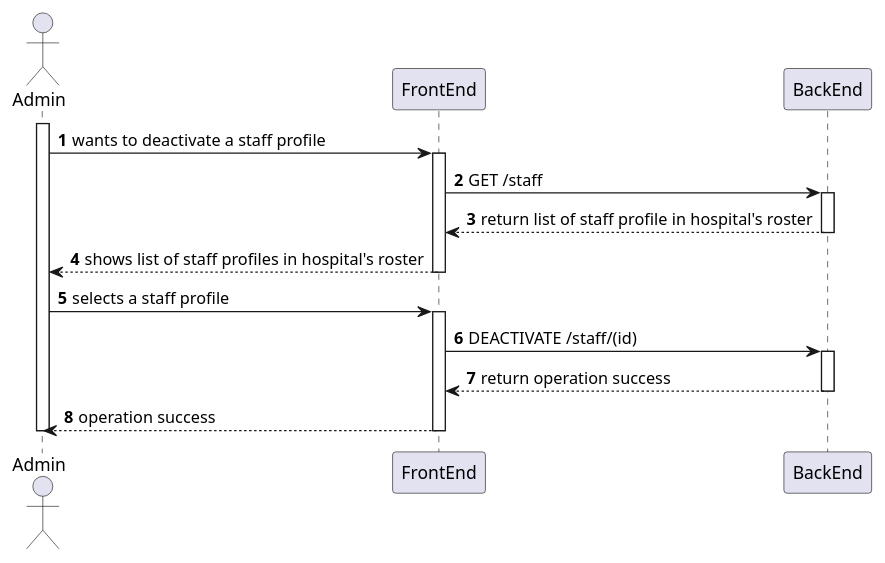
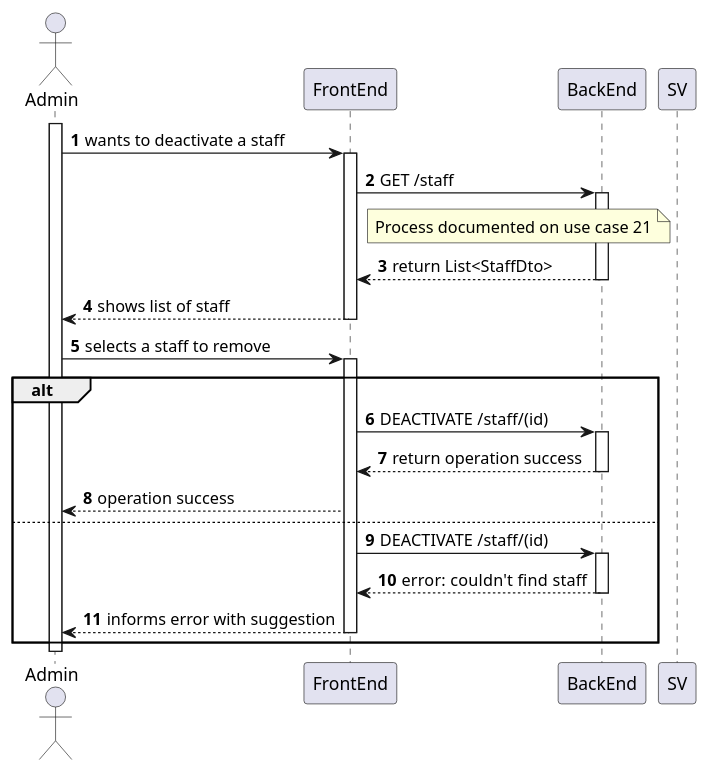
The diagram in Wiki/SprintA/diagrams/use-cases/20-deactivate-staff-profile/level2/process-view.puml (MiguelCardoso77/SurgicalSync-BackEnd), drawn with PlantUML before and after one commit. The commit also changed 8 other files, not shown here.

```diff
--- a/Wiki/SprintA/diagrams/use-cases/20-deactivate-staff-profile/level2/process-view.puml
+++ b/Wiki/SprintA/diagrams/use-cases/20-deactivate-staff-profile/level2/process-view.puml
@@ -1,37 +1,55 @@
 @startuml
 autonumber
 
 actor "Admin" as USER
 
 participant "FrontEnd" as FE
 participant "BackEnd" as BE
 
 activate USER
 
-    USER -> FE : wants to deactivate a staff profile
+    USER -> FE : wants to deactivate a staff 
     activate FE
     
     FE -> BE : GET /staff
     activate BE
     
-    BE --> FE : return list of staff profile in hospital's roster
+    note left of SV
+      Process documented on use case 21
+   end note
+    
+    BE --> FE : return List<StaffDto>
     deactivate BE
     
-    FE --> USER : shows list of staff profiles in hospital's roster
+    FE --> USER : shows list of staff
     deactivate FE
 
-    USER -> FE : selects a staff profile 
+    USER -> FE : selects a staff to remove 
     activate FE
     
+    alt 
     FE -> BE : DEACTIVATE /staff/(id)
     activate BE
     
     BE --> FE : return operation success
     deactivate BE
     
     FE --> USER: operation success
-    deactivate FE
+
     
+    else 
+    FE -> BE : DEACTIVATE /staff/(id)
+        activate BE
+        
+        BE --> FE : error:  couldn't find staff
+        deactivate BE
+        
+        FE --> USER: informs error with suggestion
+        deactivate FE
+        
+    end 
+    
+   
 deactivate USER
 
 @enduml
```
